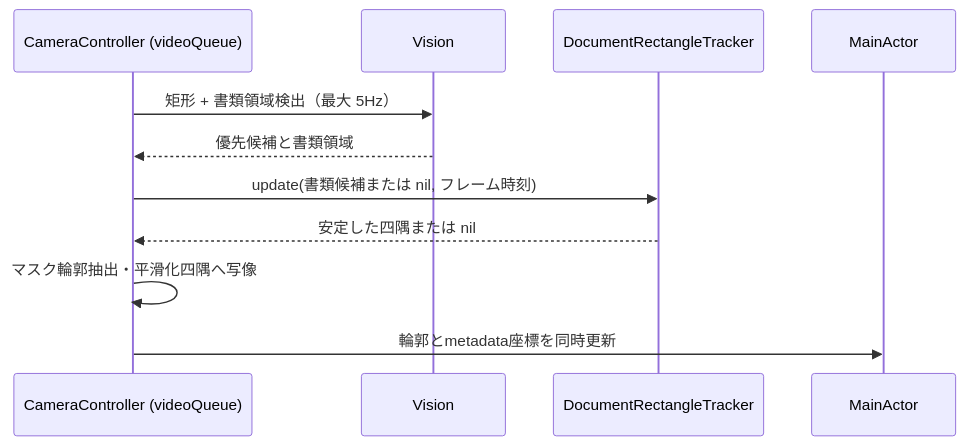
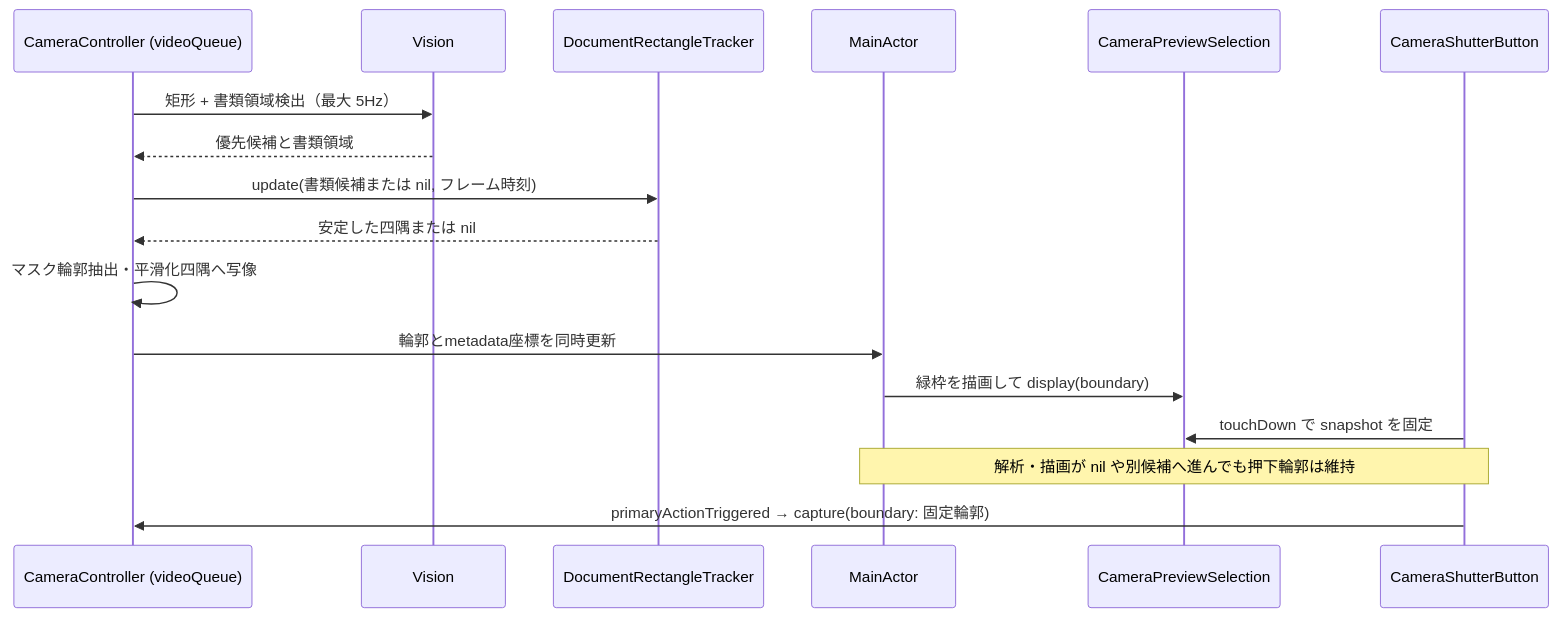
The first of 3 diagrams in DocScanner/Views/README.md (gomurin0428/DocScanner), drawn with Mermaid before and after one commit. The commit also changed other lines of this file and 10 other files, not shown here.

````diff
--- a/DocScanner/Views/README.md
+++ b/DocScanner/Views/README.md
@@ -35,13 +38,17 @@
 ```mermaid
 sequenceDiagram
     participant C as CameraController (videoQueue)
     participant V as Vision
     participant T as DocumentRectangleTracker
     participant U as MainActor
     C->>V: 矩形 + 書類領域検出（最大 5Hz）
     V-->>C: 優先候補と書類領域
     C->>T: update(書類候補または nil, フレーム時刻)
     T-->>C: 安定した四隅または nil
     C->>C: マスク輪郭抽出・平滑化四隅へ写像
     C->>U: 輪郭とmetadata座標を同時更新
+    U->>CameraPreviewSelection: 緑枠を描画して display(boundary)
+    CameraShutterButton->>CameraPreviewSelection: touchDown で snapshot を固定
+    Note over U,CameraShutterButton: 解析・描画が nil や別候補へ進んでも押下輪郭は維持
+    CameraShutterButton->>C: primaryActionTriggered → capture(boundary: 固定輪郭)
 ```
````
